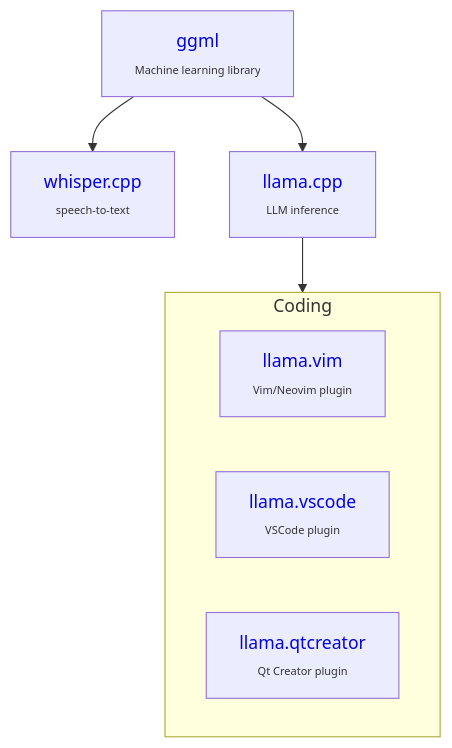
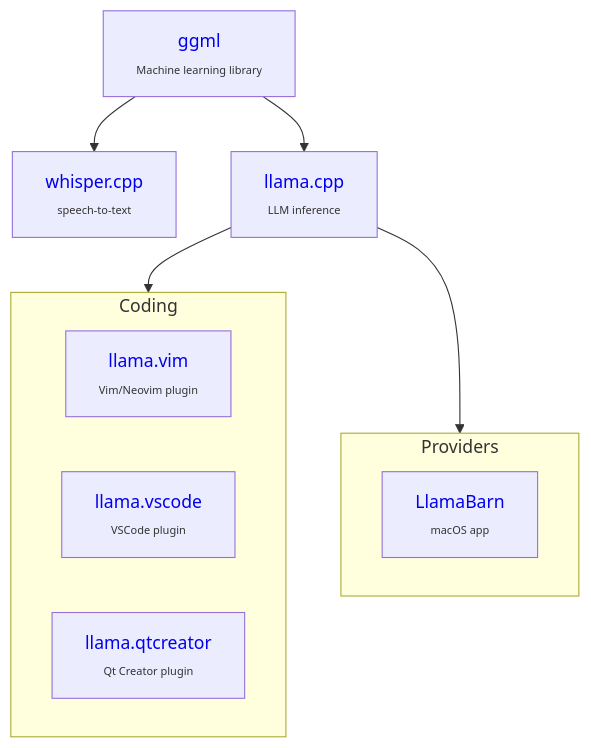
One commit to ggml-org/.github changed the diagram in profile/README.md. Above: the diagram before and after it, drawn with Mermaid. The commit also changed other lines of this file, not shown here.

Commit message:
graph : update

````diff
--- a/profile/README.md
+++ b/profile/README.md
@@ -1,17 +1,25 @@
 ```mermaid
 graph TD;
 ggml --> whisper.cpp
 ggml --> llama.cpp
 llama.cpp --> coding
+llama.cpp --> providers
+
 subgraph coding[Coding]
     llama.vim
     llama.vscode
     llama.qtcreator
 end
-ggml[<a href="https://github.com/ggml-org/ggml"                 style="text-decoration:none;">ggml</a>          <br><span style="font-size:10px;">Machine learning library</span>];
-whisper.cpp[<a href="https://github.com/ggml-org/whisper.cpp"   style="text-decoration:none;">whisper.cpp</a>   <br><span style="font-size:10px;">speech-to-text</span>];
-llama.cpp[<a href="https://github.com/ggml-org/llama.cpp"       style="text-decoration:none;">llama.cpp</a>     <br><span style="font-size:10px;">LLM inference</span>];
-llama.vim[<a href="https://github.com/ggml-org/llama.vim"       style="text-decoration:none;">llama.vim</a>     <br><span style="font-size:10px;">Vim/Neovim plugin</span>];
-llama.vscode[<a href="https://github.com/ggml-org/llama.vscode" style="text-decoration:none;">llama.vscode</a>  <br><span style="font-size:10px;">VSCode plugin</span>];
-llama.qtcreator[<a href="https://github.com/ggml-org/llama.qtcreator" style="text-decoration:none;">llama.qtcreator</a>  <br><span style="font-size:10px;">Qt Creator plugin</span>];
+
+subgraph providers[Providers]
+    LlamaBarn
+end
+
+ggml[<a href="https://github.com/ggml-org/ggml"                       style="text-decoration:none;">ggml</a>            <br><span style="font-size:10px;">Machine learning library</span>];
+whisper.cpp[<a href="https://github.com/ggml-org/whisper.cpp"         style="text-decoration:none;">whisper.cpp</a>     <br><span style="font-size:10px;">speech-to-text</span>];
+llama.cpp[<a href="https://github.com/ggml-org/llama.cpp"             style="text-decoration:none;">llama.cpp</a>       <br><span style="font-size:10px;">LLM inference</span>];
+llama.vim[<a href="https://github.com/ggml-org/llama.vim"             style="text-decoration:none;">llama.vim</a>       <br><span style="font-size:10px;">Vim/Neovim plugin</span>];
+llama.vscode[<a href="https://github.com/ggml-org/llama.vscode"       style="text-decoration:none;">llama.vscode</a>    <br><span style="font-size:10px;">VSCode plugin</span>];
+llama.qtcreator[<a href="https://github.com/ggml-org/llama.qtcreator" style="text-decoration:none;">llama.qtcreator</a> <br><span style="font-size:10px;">Qt Creator plugin</span>];
+LlamaBarn[<a href="https://github.com/ggml-org/LlamaBarn"             style="text-decoration:none;">LlamaBarn</a>       <br><span style="font-size:10px;">macOS app</span>];
 ```
````
